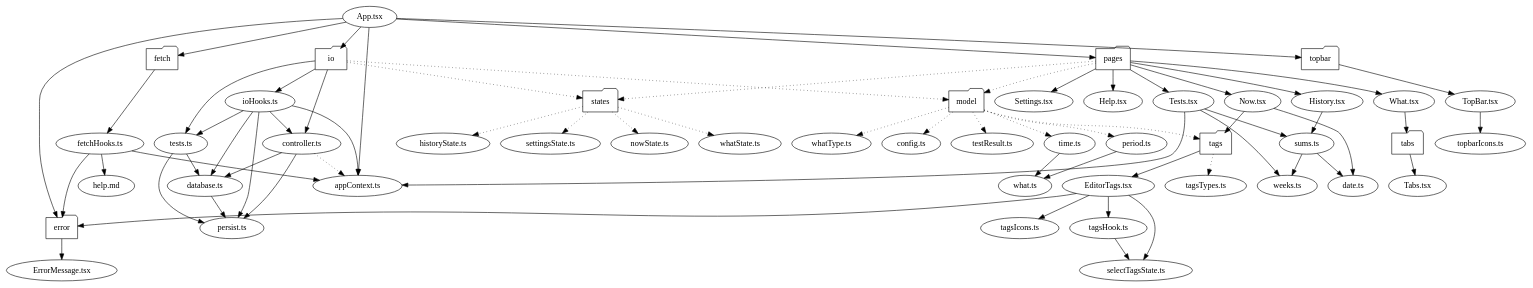
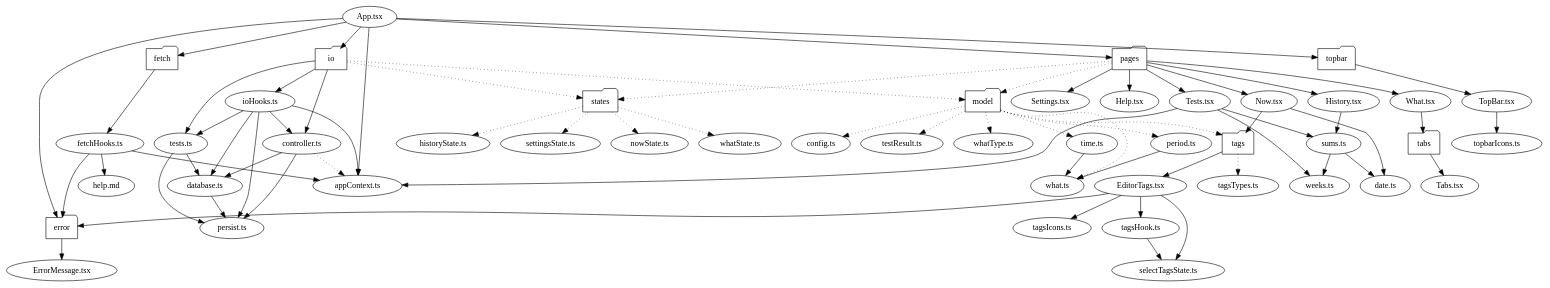
The diagram in dependencies/dependencies.dot (cwellsx/time), drawn with Graphviz before and after one commit. The commit also changed 12 other files, not shown here.

```diff
--- a/dependencies/dependencies.dot
+++ b/dependencies/dependencies.dot
@@ -1,69 +1,69 @@
 digraph SRC {
   "App.tsx" -> {"error" "fetch" "io" "pages" "topbar" "appContext.ts"};
   "appContext.ts" -> {};
 
   "error" [shape=folder];
   "fetch" [shape=folder];
   "io" [shape=folder];
   "model" [shape=folder];
   "pages" [shape=folder];
   "states" [shape=folder];
   "tabs" [shape=folder];
   "tags" [shape=folder];
   "topbar" [shape=folder];
   
   "error" -> {"ErrorMessage.tsx"};
   "ErrorMessage.tsx" -> {};
 
   "fetch" -> {"fetchHooks.ts"};
   "fetchHooks.ts" -> {"error" "help.md" "appContext.ts"}
   "help.md" -> {}
 
   "io" -> {"controller.ts" "ioHooks.ts" "tests.ts"};
   "io" -> {"model" "states"} [style=dotted];
   "controller.ts" -> {"persist.ts" "database.ts"};
   "controller.ts" -> {"appContext.ts"} [style=dotted];
   "database.ts" -> {"persist.ts"};
   "ioHooks.ts" -> {"controller.ts" "database.ts" "persist.ts" "tests.ts" "appContext.ts"};
   "tests.ts" -> {"database.ts" "persist.ts"};
   "persist.ts" -> {}
 
-  "model" -> {"config.ts" "period.ts" "testResult.ts" "time.ts" "tags" "whatType.ts"} [style=dotted];
+  "model" -> {"config.ts" "period.ts" "testResult.ts" "time.ts" "tags" "whatType.ts" "what.ts"} [style=dotted];
   "config.ts" -> {};
   "period.ts" -> {"what.ts"};
   "testResult.ts" -> {};
   "time.ts" -> {"what.ts"};
   "what.ts" -> {};
   "whatType.ts" -> {};
 
   "pages" -> {"Now.tsx" "What.tsx" "History.tsx" "Settings.tsx" "Help.tsx" "Tests.tsx"};
   "pages" -> {"model" "states"} [style=dotted];
   "date.ts" -> {};
   "Now.tsx" -> {"date.ts" "tags"};
   "What.tsx" -> {"tabs"};
   "History.tsx" -> {"sums.ts"};
   "Settings.tsx" -> {};
   "Help.tsx" -> {};
   "Tests.tsx" -> {"weeks.ts" "sums.ts" "appContext.ts"};
   "sums.ts" -> {"weeks.ts" "date.ts"};
 
   "states" -> {"nowState.ts" "whatState.ts" "historyState.ts" "settingsState.ts"} [style=dotted];
   "nowState.ts" -> {};
   "whatState.ts" -> {};
   "historyState.ts" -> {};
   "settingsState.ts" -> {};
 
   "tabs" -> {"Tabs.tsx"};
   "Tabs.tsx" -> {};
 
   "tags" -> {"EditorTags.tsx"};
   "tags" -> {"tagsTypes.ts"} [style=dotted];
   "EditorTags.tsx" -> {"error" "selectTagsState.ts" "tagsHook.ts" "tagsIcons.ts"};
   "tagsHook.ts" -> {"selectTagsState.ts"};
   "tagsIcons.ts" -> {};
   "tagsTypes.ts" -> {};
 
   "topbar" -> {"TopBar.tsx"};
   "TopBar.tsx" -> {"topbarIcons.ts"};
   "topbarIcons.ts" -> {};
 }
```
